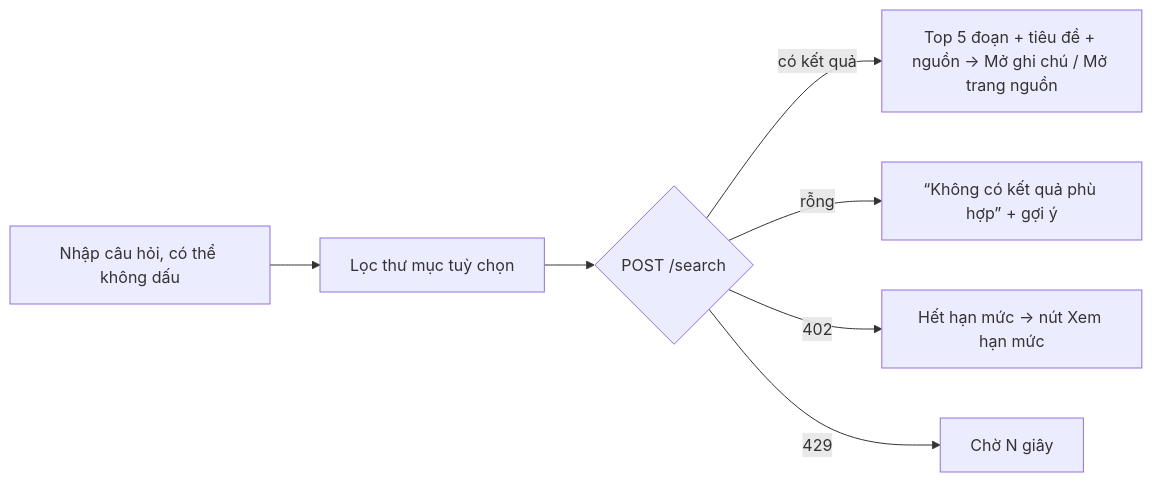
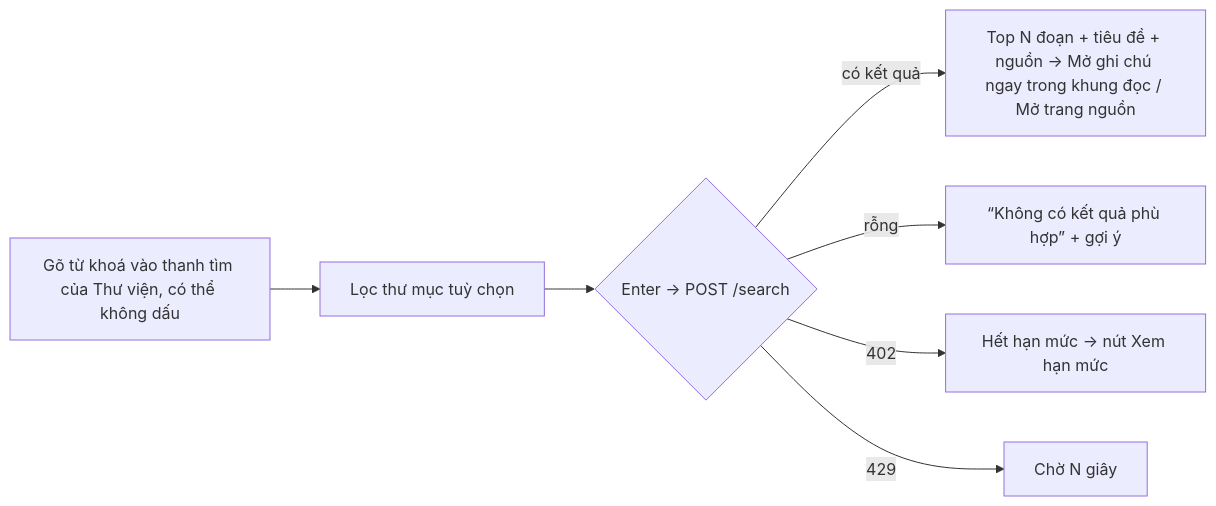
One commit to watashiwalds/quick-assist-ext changed the fourth of 6 diagrams in docs/ux/README.md. Above: the diagram before and after it, drawn with Mermaid. The commit also changed other lines of this file and 13 other files, not shown here.

````diff
--- a/docs/ux/README.md
+++ b/docs/ux/README.md
@@ -61,8 +65,8 @@
 ```mermaid
 flowchart LR
-  Q[Nhập câu hỏi, có thể không dấu] --> F[Lọc thư mục tuỳ chọn] --> R{POST /search}
-  R -->|có kết quả| H[Top 5 đoạn + tiêu đề + nguồn → Mở ghi chú / Mở trang nguồn]
+  Q[Gõ từ khoá vào thanh tìm của Thư viện, có thể không dấu] --> F[Lọc thư mục tuỳ chọn] --> R{Enter → POST /search}
+  R -->|có kết quả| H[Top N đoạn + tiêu đề + nguồn → Mở ghi chú ngay trong khung đọc / Mở trang nguồn]
   R -->|rỗng| E[“Không có kết quả phù hợp” + gợi ý]
   R -->|402| Z[Hết hạn mức → nút Xem hạn mức]
   R -->|429| W[Chờ N giây]
 ```
````
